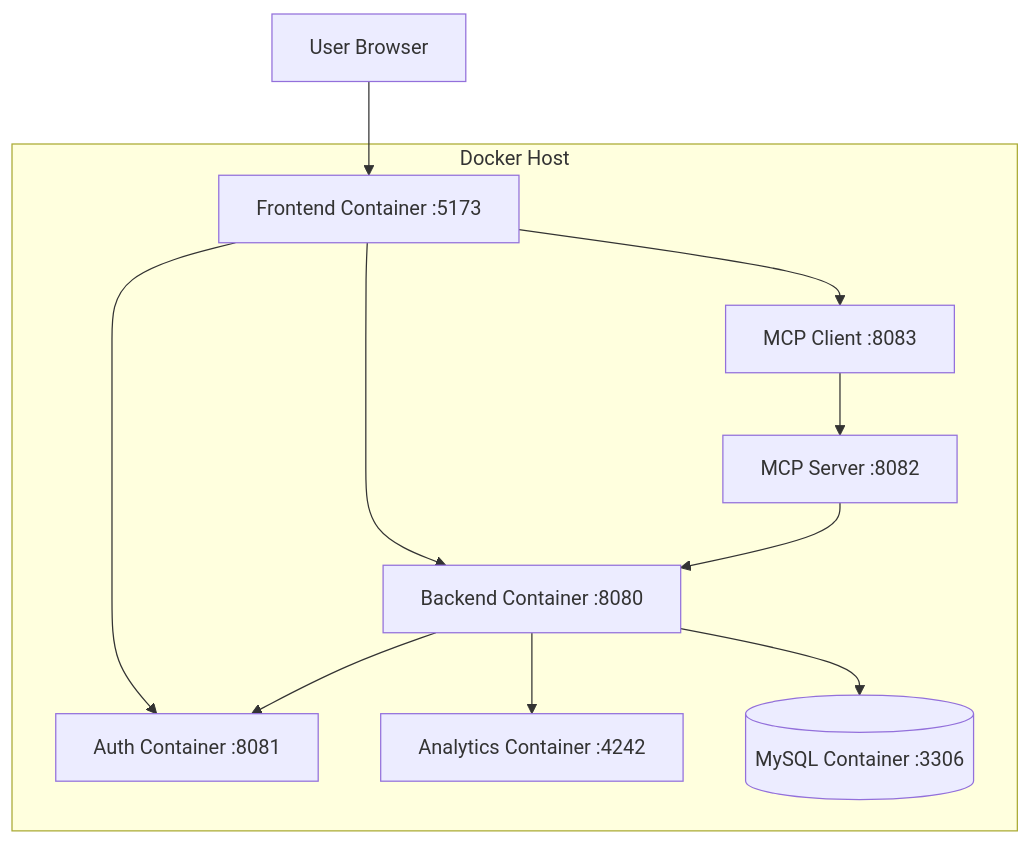
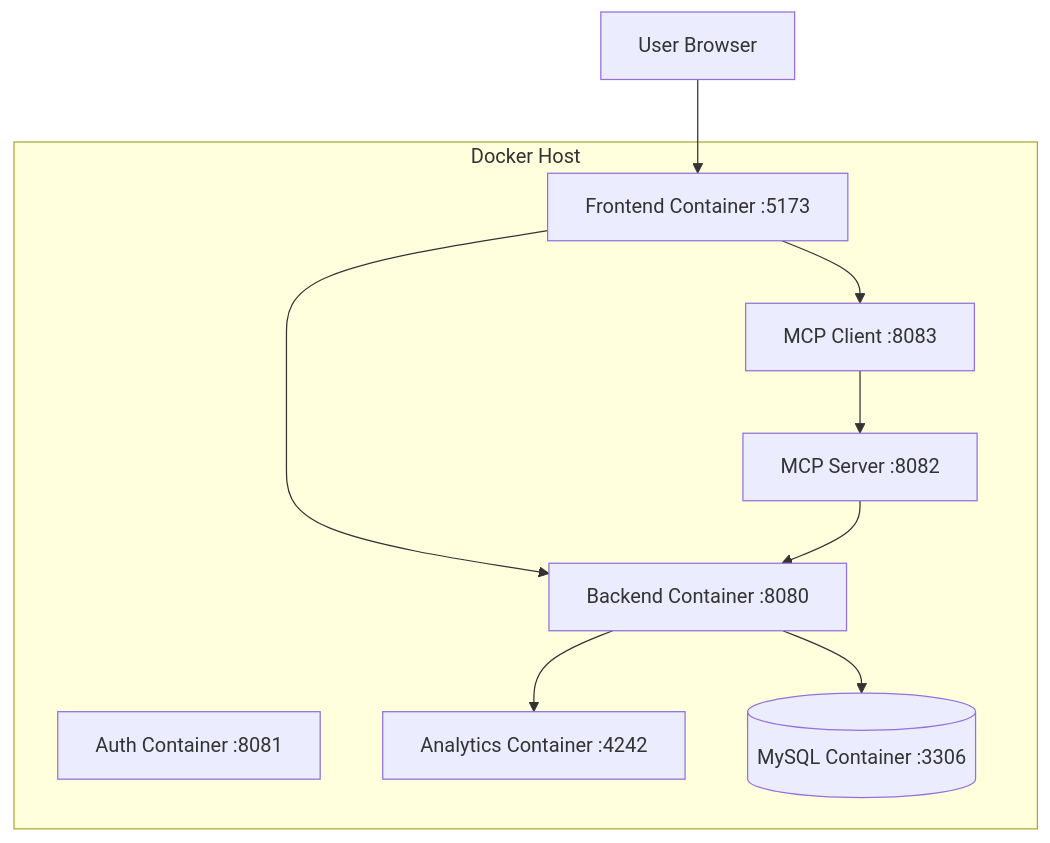
The sixth of 7 diagrams in README.md (malcolm-cephas/Medical-IoT), drawn with Mermaid before and after one commit. The commit also changed other lines of this file and 55 other files, not shown here.

Commit message:
Refactor: Unified backend-spring and auth-server, fixed DoctorAvailability schema, and standardized MCP server

````diff
--- a/README.md
+++ b/README.md
@@ -411,28 +398,26 @@
 ```mermaid
 flowchart TD
 
 Browser[User Browser]
 
 subgraph Docker Host
 Frontend[Frontend Container :5173]
 CoreBackend[Backend Container :8080]
 AuthServer[Auth Container :8081]
 Analytics[Analytics Container :4242]
 MCPClient[MCP Client :8083]
 MCPServer[MCP Server :8082]
 MySQL[(MySQL Container :3306)]
 end
 
 Browser --> Frontend
 
 Frontend --> CoreBackend
-Frontend --> AuthServer
 Frontend --> MCPClient
 
 CoreBackend --> MySQL
 CoreBackend --> Analytics
-CoreBackend --> AuthServer
 
 MCPClient --> MCPServer
 MCPServer --> CoreBackend
 ```
````
